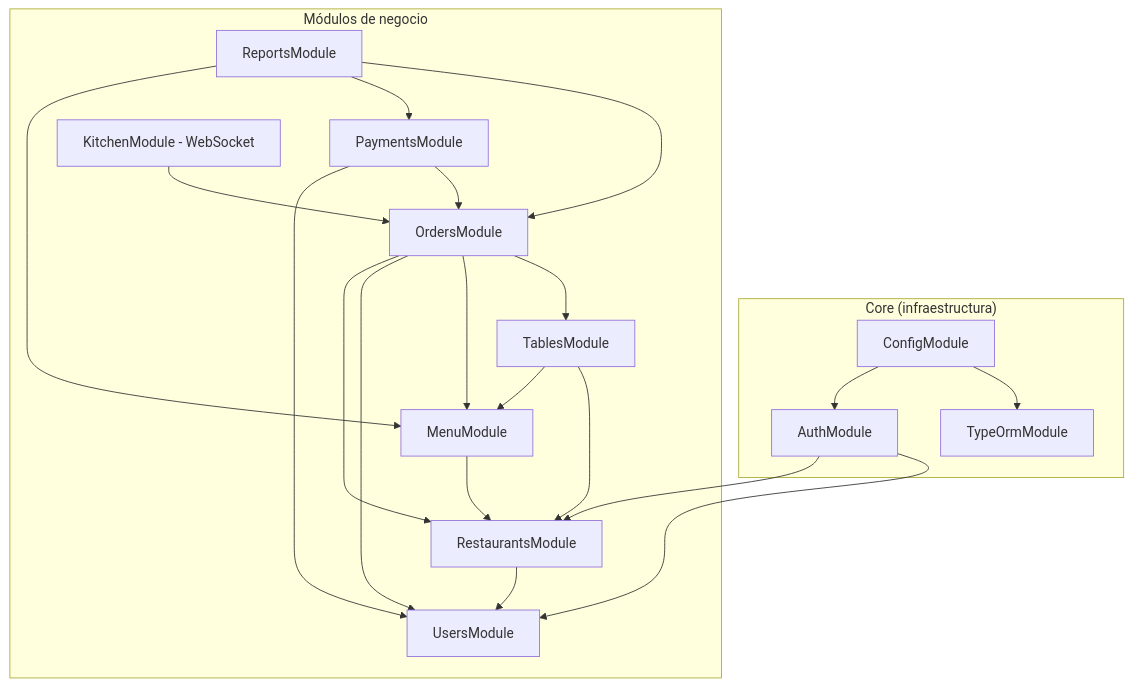
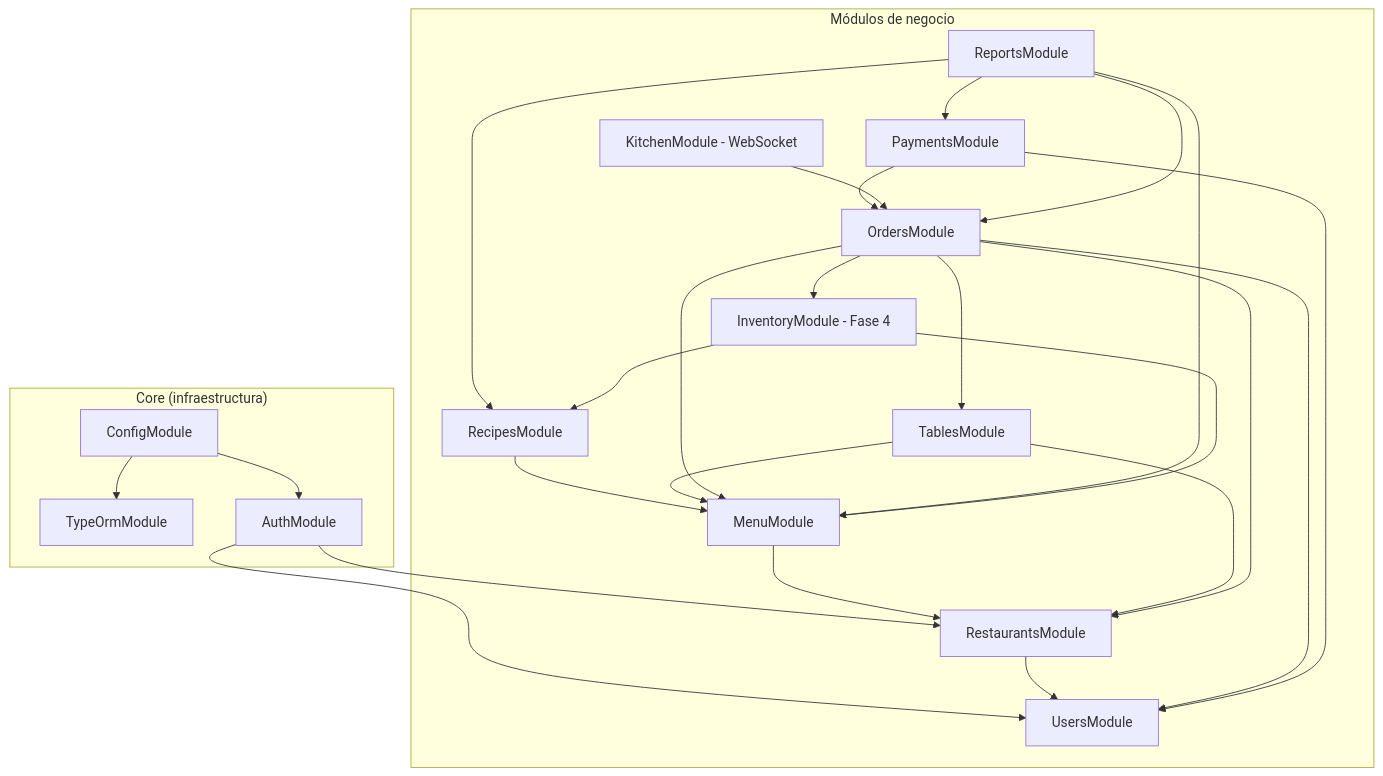
The second of 11 diagrams in docs/architecture.md (Giovi-22/resto-core), drawn with Mermaid before and after one commit. The commit also changed other lines of this file, not shown here.

First line of the commit message:
docs(architecture): add Recipes and Ingredients domain model

````diff
--- a/docs/architecture.md
+++ b/docs/architecture.md
@@ -181,45 +206,54 @@
 ```mermaid
 graph TD
     subgraph Core["Core (infraestructura)"]
         CONFIG[ConfigModule]
         DB[TypeOrmModule]
         AUTH[AuthModule]
     end
 
     subgraph Business["Módulos de negocio"]
         REST[RestaurantsModule]
         USERS[UsersModule]
         MENU[MenuModule]
+        RECIPES[RecipesModule]
         TABLES[TablesModule]
         ORDERS[OrdersModule]
         PAYMENTS[PaymentsModule]
         KITCHEN[KitchenModule - WebSocket]
         REPORTS[ReportsModule]
+        INVENTORY[InventoryModule - Fase 4]
     end
 
     CONFIG --> DB
     CONFIG --> AUTH
 
     AUTH --> USERS
     AUTH --> REST
 
     REST --> USERS
 
     MENU --> REST
+    RECIPES --> MENU
+
     TABLES --> REST
     TABLES --> MENU
 
     ORDERS --> TABLES
     ORDERS --> MENU
     ORDERS --> USERS
     ORDERS --> REST
+    ORDERS --> INVENTORY
 
     PAYMENTS --> ORDERS
     PAYMENTS --> USERS
 
     KITCHEN --> ORDERS
 
     REPORTS --> ORDERS
     REPORTS --> PAYMENTS
     REPORTS --> MENU
+    REPORTS --> RECIPES
+
+    INVENTORY --> RECIPES
+    INVENTORY --> MENU
 ```
````
